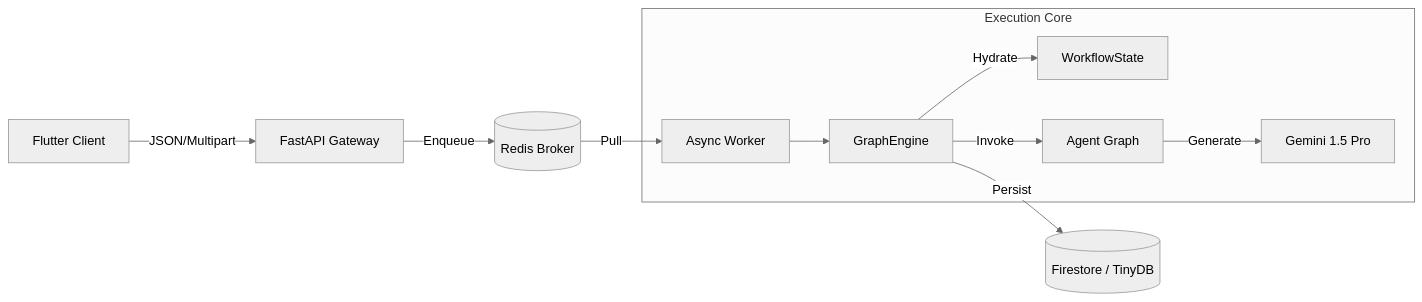
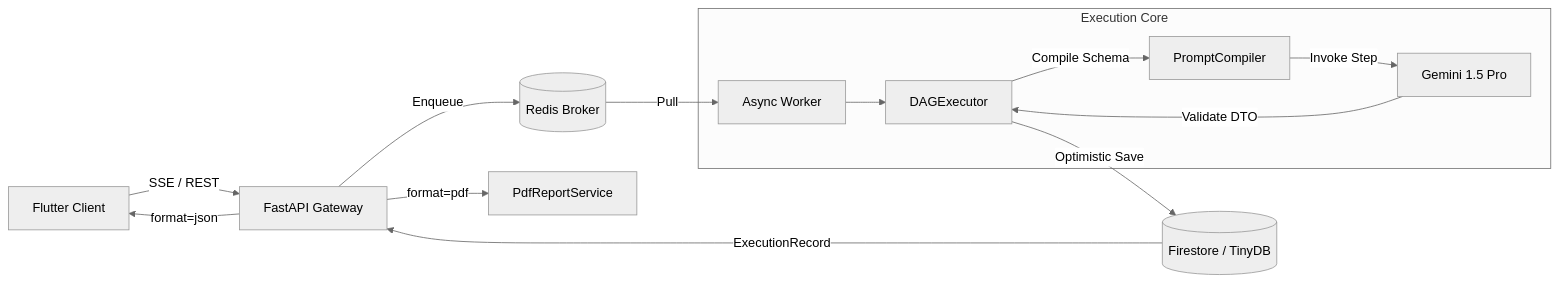
Before and after one commit to launis/quorum: the diagram in README.md, drawn with Mermaid (neutral theme). The commit also changed other lines of this file and 37 other files, not shown here.

Commit message:
feat: Implement V2 system architecture with new backend, client application, and comprehensive documentation.

````diff
--- a/README.md
+++ b/README.md
@@ -36,15 +37,18 @@
 ```mermaid
 graph LR
-    User[Flutter Client] -->|JSON/Multipart| API[FastAPI Gateway]
+    User[Flutter Client] -->|SSE / REST| API[FastAPI Gateway]
     API -->|Enqueue| Redis[(Redis Broker)]
     Redis -->|Pull| Worker[Async Worker]
     
     subgraph "Execution Core"
-        Worker --> Engine[GraphEngine]
-        Engine -->|Hydrate| State[WorkflowState]
-        Engine -->|Invoke| Agents[Agent Graph]
-        Agents -->|Generate| LLM[Gemini 1.5 Pro]
+        Worker --> Engine[DAGExecutor]
+        Engine -->|Compile Schema| PC[PromptCompiler]
+        PC -->|Invoke Step| LLM[Gemini 1.5 Pro]
+        LLM -->|Validate DTO| Engine
     end
     
-    Engine -->|Persist| DB[(Firestore / TinyDB)]
+    Engine -->|Optimistic Save| DB[(Firestore / TinyDB)]
+    DB -->|ExecutionRecord| API
+    API -->|format=json| User
+    API -->|format=pdf| PDF[PdfReportService]
 ```
````
